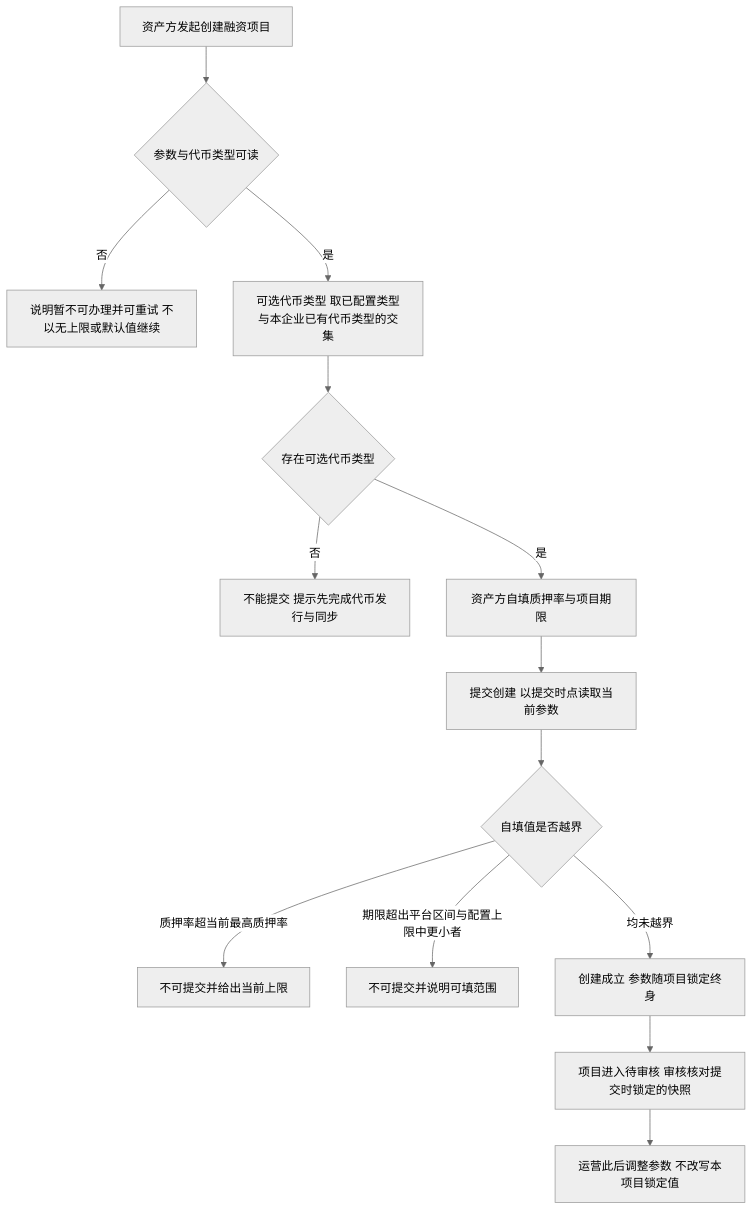
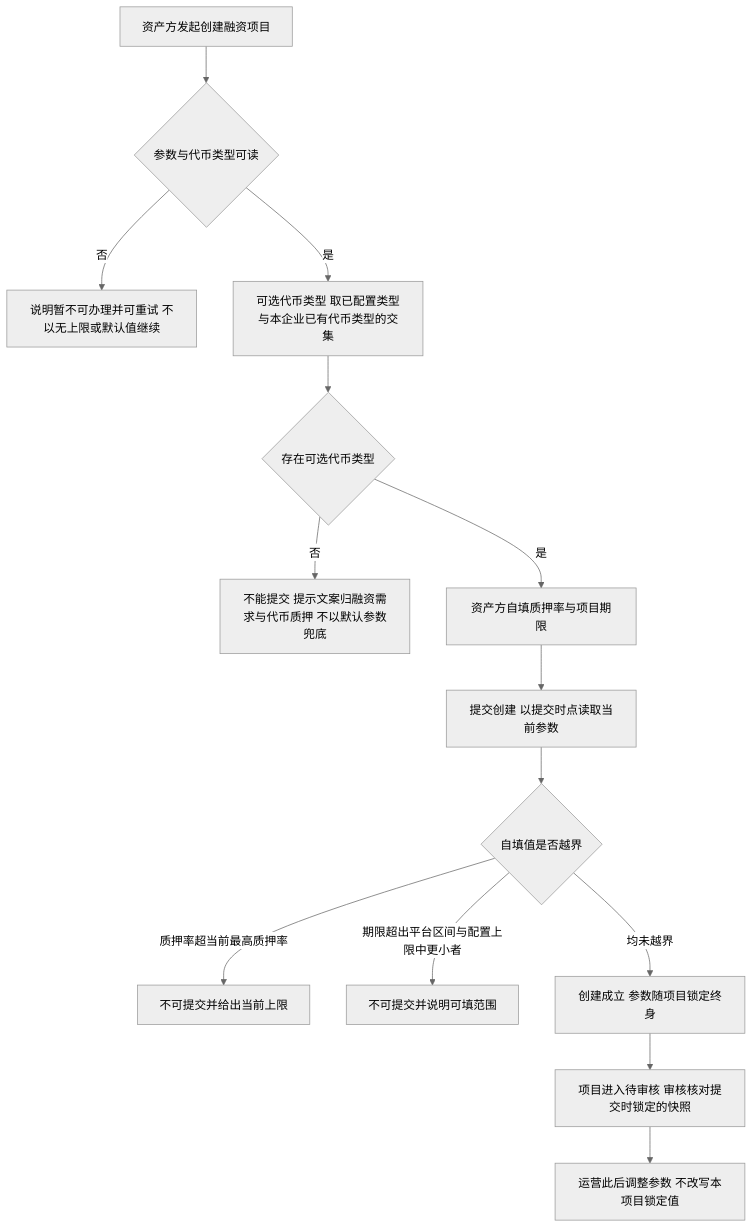
The second of 5 diagrams in lending-platform/PRD/运营端/02-运营端融资参数配置/02-运营端融资参数配置-流程图与状态机.md (wxblockchain/Chain-Financing), drawn with Mermaid (neutral theme) before and after one commit. The commit also changed other lines of this file and 3 other files, not shown here.

````diff
--- a/lending-platform/PRD/运营端/02-运营端融资参数配置/02-运营端融资参数配置-流程图与状态机.md
+++ b/lending-platform/PRD/运营端/02-运营端融资参数配置/02-运营端融资参数配置-流程图与状态机.md
@@ -49,16 +49,16 @@
 ```mermaid
 flowchart TD
     A[资产方发起创建融资项目] --> B{参数与代币类型可读}
     B -->|否| C[说明暂不可办理并可重试 不以无上限或默认值继续]
     B -->|是| D[可选代币类型 取已配置类型与本企业已有代币类型的交集]
     D --> E{存在可选代币类型}
-    E -->|否| F[不能提交 提示先完成代币发行与同步]
+    E -->|否| F[不能提交 提示文案归融资需求与代币质押 不以默认参数兜底]
     E -->|是| G[资产方自填质押率与项目期限]
     G --> H[提交创建 以提交时点读取当前参数]
     H --> I{自填值是否越界}
     I -->|质押率超当前最高质押率| J[不可提交并给出当前上限]
     I -->|期限超出平台区间与配置上限中更小者| K[不可提交并说明可填范围]
     I -->|均未越界| L[创建成立 参数随项目锁定终身]
     L --> M[项目进入待审核 审核核对提交时锁定的快照]
     M --> N[运营此后调整参数 不改写本项目锁定值]
 ```
````
